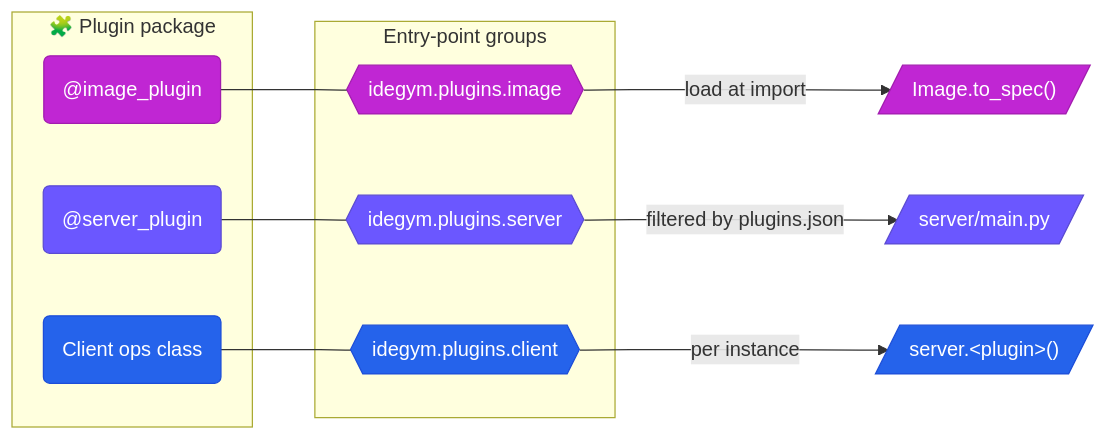
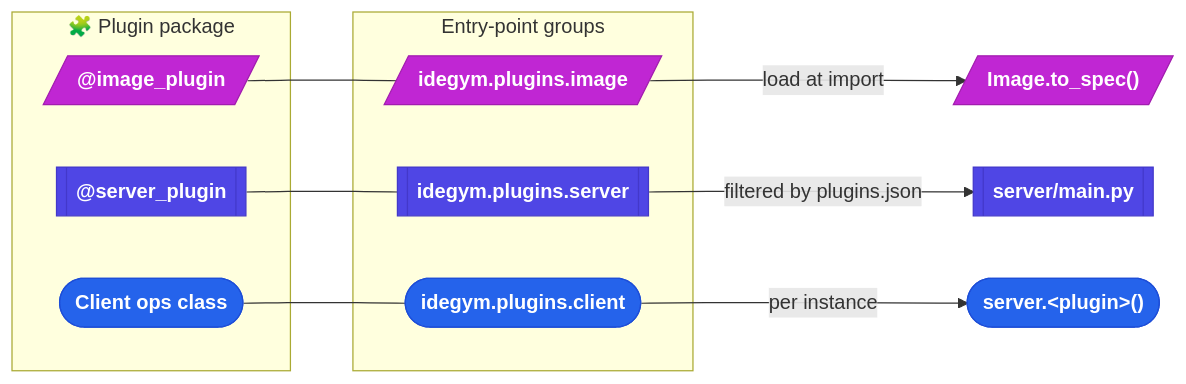
One commit to JetBrains-Research/idegym changed the diagram in website/docs/architecture/plugins.md. Above: the diagram before and after it, drawn with Mermaid. The commit also changed 10 other files, not shown here.

First line of the commit message:
[JBRes-9938] diagrams: unify colors/shapes, bold titles, real tooltips, legend

````diff
--- a/website/docs/architecture/plugins.md
+++ b/website/docs/architecture/plugins.md
@@ -16,33 +16,33 @@
 ```mermaid
 flowchart LR
     subgraph pkg["🧩 Plugin package"]
-        imgp("@image_plugin"):::img
-        srvp("@server_plugin"):::srv
-        cliops("Client ops class"):::cli
+        imgp[/"<b>@image_plugin</b>"/]:::build
+        srvp[["<b>@server_plugin</b>"]]:::pod
+        cliops(["<b>Client ops class</b>"]):::client
     end
 
     subgraph eps["Entry-point groups"]
-        ep_img{{"idegym.plugins.image"}}:::img
-        ep_srv{{"idegym.plugins.server"}}:::srv
-        ep_cli{{"idegym.plugins.client"}}:::cli
+        ep_img[/"<b>idegym.plugins.image</b>"/]:::build
+        ep_srv[["<b>idegym.plugins.server</b>"]]:::pod
+        ep_cli(["<b>idegym.plugins.client</b>"]):::client
     end
 
     imgp --- ep_img
     srvp --- ep_srv
     cliops --- ep_cli
 
-    ep_img -->|"load at import"| toSpec[/"Image.to_spec()"/]:::img
-    ep_srv -->|"filtered by plugins.json"| main[/"server/main.py"/]:::srv
-    ep_cli -->|"per instance"| cli[/"server.&lt;plugin&gt;()"/]:::cli
+    ep_img -->|"load at import"| toSpec[/"<b>Image.to_spec()</b>"/]:::build
+    ep_srv -->|"filtered by plugins.json"| main[["<b>server/main.py</b>"]]:::pod
+    ep_cli -->|"per instance"| cli(["<b>server.&lt;plugin&gt;()</b>"]):::client
 
-    classDef img fill:#c026d3,stroke:#a21caf,color:#fff;
-    classDef srv fill:#6b57ff,stroke:#5b4bd2,color:#fff;
-    classDef cli fill:#2563eb,stroke:#1d4ed8,color:#fff;
+    classDef build fill:#c026d3,stroke:#a21caf,color:#fff;
+    classDef pod fill:#4f46e5,stroke:#4338ca,color:#fff;
+    classDef client fill:#2563eb,stroke:#1d4ed8,color:#fff;
 
-    click imgp "https://github.com/JetBrains-Research/idegym/blob/main/api/src/idegym/api/plugin.py" "PluginBase / @image_plugin source"
-    click srvp "https://github.com/JetBrains-Research/idegym/blob/main/api/src/idegym/api/plugin.py" "@server_plugin source"
-    click toSpec "https://github.com/JetBrains-Research/idegym/blob/main/image-builder/src/idegym/image/builder.py" "Image.to_spec() source"
-    click main "https://github.com/JetBrains-Research/idegym/blob/main/server/main.py" "server/main.py source"
-    click cli "https://github.com/JetBrains-Research/idegym/blob/main/client/src/idegym/client/server.py" "IdeGYMServer source"
-    click cliops "https://github.com/JetBrains-Research/idegym/blob/main/plugins/pycharm/src/idegym/plugins/pycharm/client.py" "PyCharm client ops source"
+    click imgp "https://github.com/JetBrains-Research/idegym/blob/main/api/src/idegym/api/plugin.py" "View the PluginBase and @image_plugin source on GitHub."
+    click srvp "https://github.com/JetBrains-Research/idegym/blob/main/api/src/idegym/api/plugin.py" "View the @server_plugin source on GitHub."
+    click toSpec "https://github.com/JetBrains-Research/idegym/blob/main/image-builder/src/idegym/image/builder.py" "See how Image.to_spec() renders the Dockerfile on GitHub."
+    click main "https://github.com/JetBrains-Research/idegym/blob/main/server/main.py" "See how the server mounts plugin routers on GitHub."
+    click cli "https://github.com/JetBrains-Research/idegym/blob/main/client/src/idegym/client/server.py" "See how the client attaches plugin operations on GitHub."
+    click cliops "https://github.com/JetBrains-Research/idegym/blob/main/plugins/pycharm/src/idegym/plugins/pycharm/client.py" "View the PyCharm client-ops example on GitHub."
 ```
````
